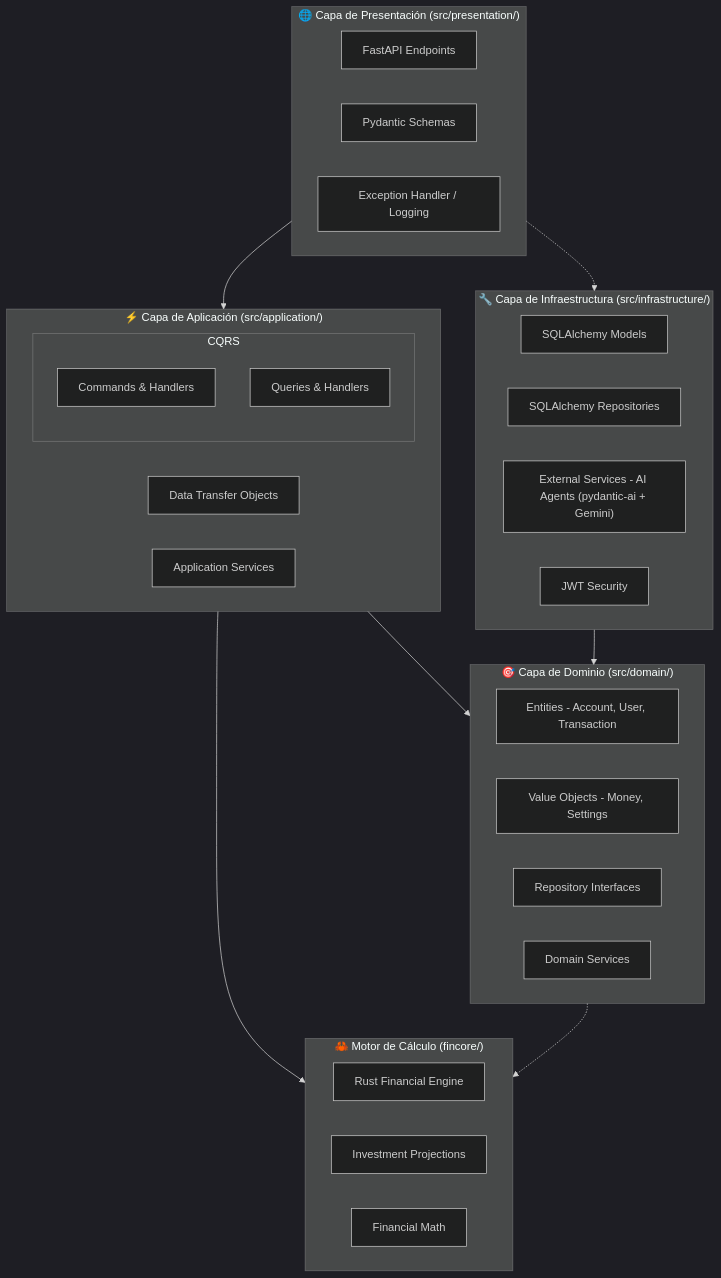
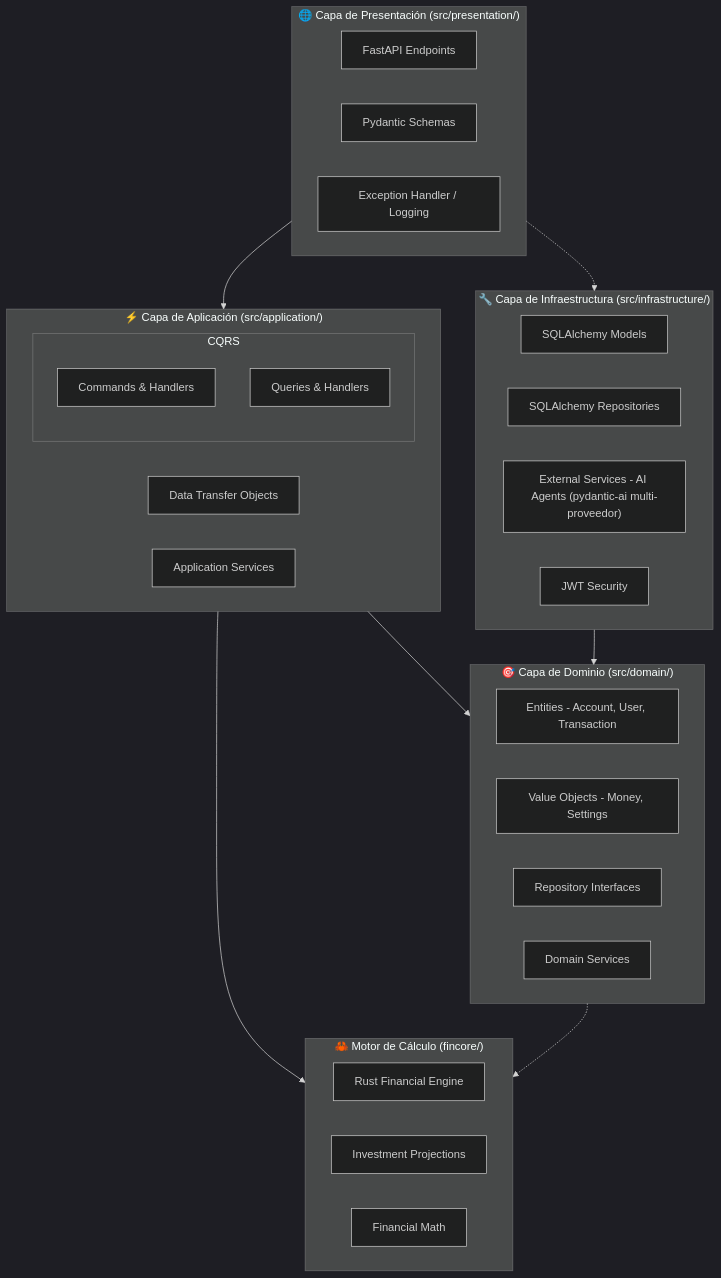
One commit to DiegoDG-01/LunanceIA changed the first of 8 diagrams in docs/ARCHITECTURE.md. Above: the diagram before and after it, drawn with Mermaid (dark theme). The commit also changed other lines of this file and 13 other files, not shown here.

````diff
--- a/docs/ARCHITECTURE.md
+++ b/docs/ARCHITECTURE.md
@@ -9,45 +11,45 @@
 ```mermaid
 graph TD
     subgraph Presentation ["🌐 Capa de Presentación (src/presentation/)"]
         API[FastAPI Endpoints]
         Schemas[Pydantic Schemas]
         Middleware[Exception Handler / Logging]
     end
 
     subgraph Application ["⚡ Capa de Aplicación (src/application/)"]
         subgraph CQRS
             Commands[Commands & Handlers]
             Queries[Queries & Handlers]
         end
         DTOs[Data Transfer Objects]
         ServicesApp[Application Services]
     end
 
     subgraph Domain ["🎯 Capa de Dominio (src/domain/)"]
         Entities[Entities - Account, User, Transaction]
         VO[Value Objects - Money, Settings]
         RepoInterfaces[Repository Interfaces]
         DomainServices[Domain Services]
     end
 
     subgraph Core ["🦀 Motor de Cálculo (fincore/)"]
         RustCore[Rust Financial Engine]
         Projections[Investment Projections]
         Math[Financial Math]
     end
 
     subgraph Infrastructure ["🔧 Capa de Infraestructura (src/infrastructure/)"]
         DB[SQLAlchemy Models]
         SQLRepo[SQLAlchemy Repositories]
-        ExtServices["External Services - AI Agents (pydantic-ai + Gemini)"]
+        ExtServices["External Services - AI Agents (pydantic-ai multi-proveedor)"]
         Security[JWT Security]
     end
 
     %% Dependencies
     Presentation --> Application
     Application --> Domain
     Infrastructure --> Domain
     Application --> Core
     Domain -.-> Core
     Presentation -.-> Infrastructure
 ```
````
